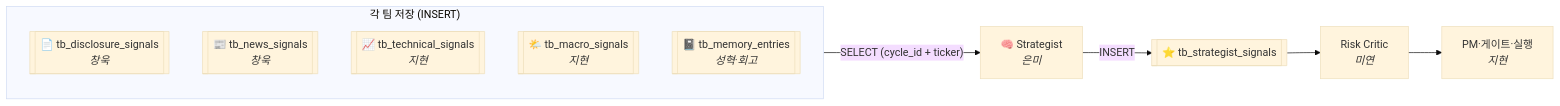
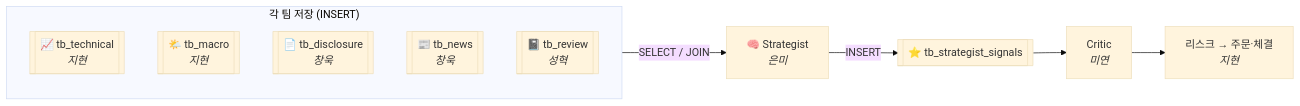
One commit to jaymunsh/quantinue-wiki changed the first of 2 diagrams in documents/facts/데이터계약.md. Above: the diagram before and after it, drawn with Mermaid (base theme). The commit also changed other lines of this file, not shown here.

````diff
--- a/documents/facts/데이터계약.md
+++ b/documents/facts/데이터계약.md
@@ -13,14 +15,14 @@
 ```mermaid
 flowchart LR
   subgraph 입력["각 팀 저장 (INSERT)"]
     direction TB
-    C1[["📄 tb_disclosure_signals<br/><i>창욱</i>"]]
-    C2[["📰 tb_news_signals<br/><i>창욱</i>"]]
-    J1[["📈 tb_technical_signals<br/><i>지현</i>"]]
-    J2[["🌤️ tb_macro_signals<br/><i>지현</i>"]]
-    S1[["📓 tb_memory_entries<br/><i>성혁·회고</i>"]]
+    T1[["📈 tb_technical<br/><i>지현</i>"]]
+    T2[["🌤️ tb_macro<br/><i>지현</i>"]]
+    T3[["📄 tb_disclosure<br/><i>창욱</i>"]]
+    T4[["📰 tb_news<br/><i>창욱</i>"]]
+    T5[["📓 tb_review<br/><i>성혁</i>"]]
   end
-  입력 -->|"SELECT (cycle_id + ticker)"| ST["🧠 Strategist<br/><i>은미</i>"]
+  입력 -->|"SELECT / JOIN"| ST["🧠 Strategist<br/><i>은미</i>"]
   ST -->|INSERT| OUT[["⭐ tb_strategist_signals"]]
-  OUT --> CR["Risk Critic<br/><i>미연</i>"] --> PM["PM·게이트·실행<br/><i>지현</i>"]
+  OUT --> CR["Critic<br/><i>미연</i>"] --> PM["리스크 → 주문·체결<br/><i>지현</i>"]
 ```
````
